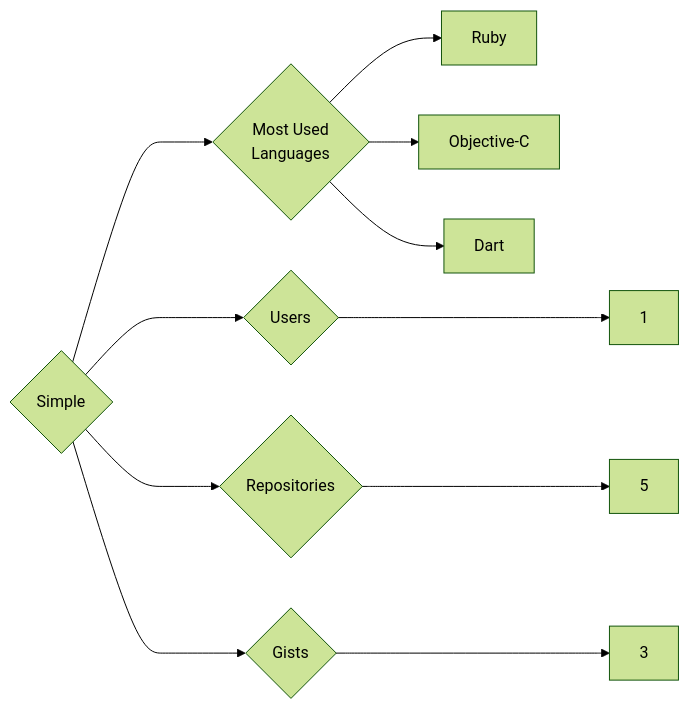
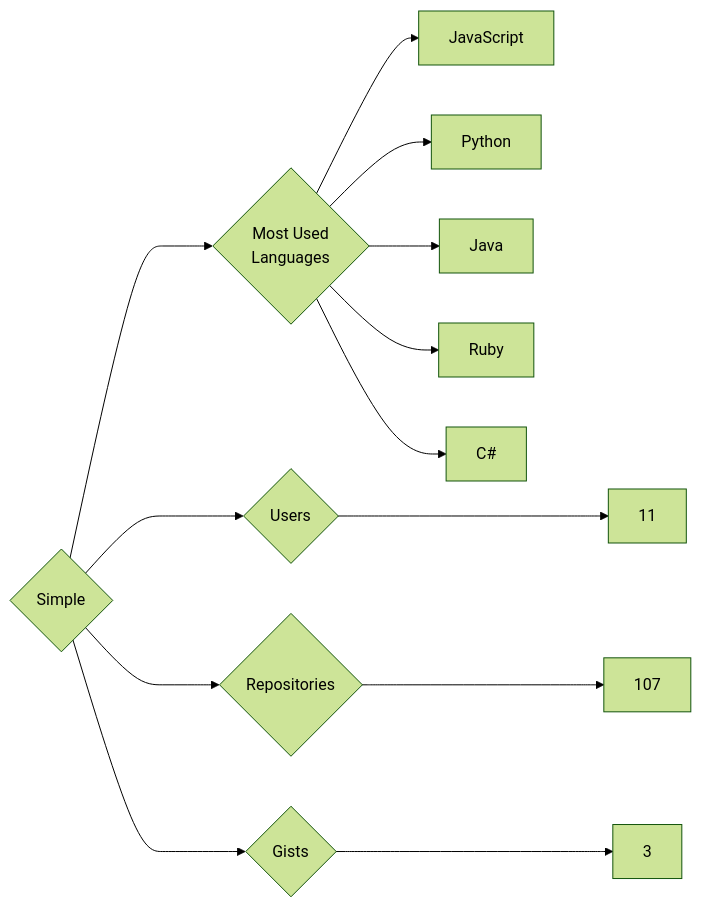
The diagram in targets/Simple/README.md (trickest/insiders), drawn with Mermaid (forest theme) before and after one commit. The commit also changed 682 other files, not shown here.

````diff
--- a/targets/Simple/README.md
+++ b/targets/Simple/README.md
@@ -3,11 +3,13 @@
 ```mermaid
 graph LR
 COMPANY_NAME{Simple}
-COMPANY_NAME ---> U{Users} ---> UN[1]
-COMPANY_NAME ---> R{Repositories} ---> RN[5]
+COMPANY_NAME ---> U{Users} ---> UN[11]
+COMPANY_NAME ---> R{Repositories} ---> RN[107]
 COMPANY_NAME ---> G{Gists} ---> GN[3]
 COMPANY_NAME ---> ML{Most Used<br>Languages}
+ML --> JavaScript[JavaScript]
+ML --> Python[Python]
+ML --> Java[Java]
 ML --> Ruby[Ruby]
-ML --> Objective-C[Objective-C]
-ML --> Dart[Dart]
+ML --> C#[C#]
 ```
````
